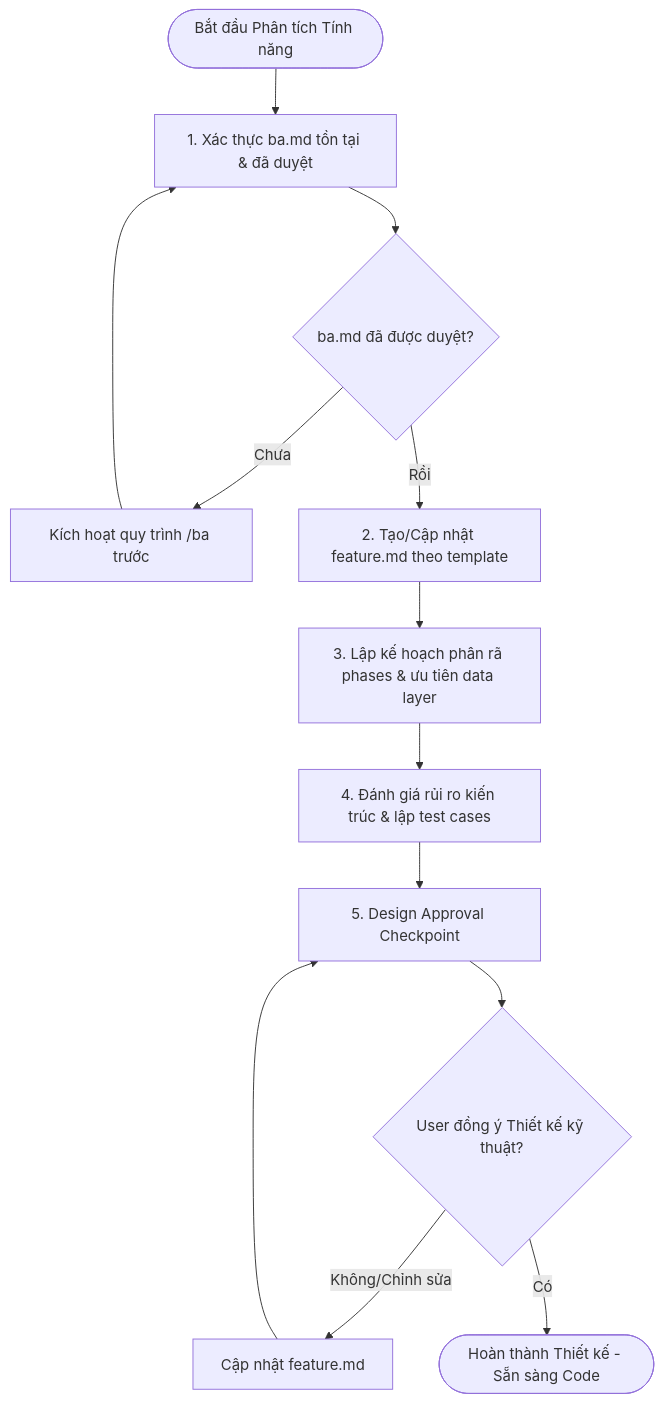
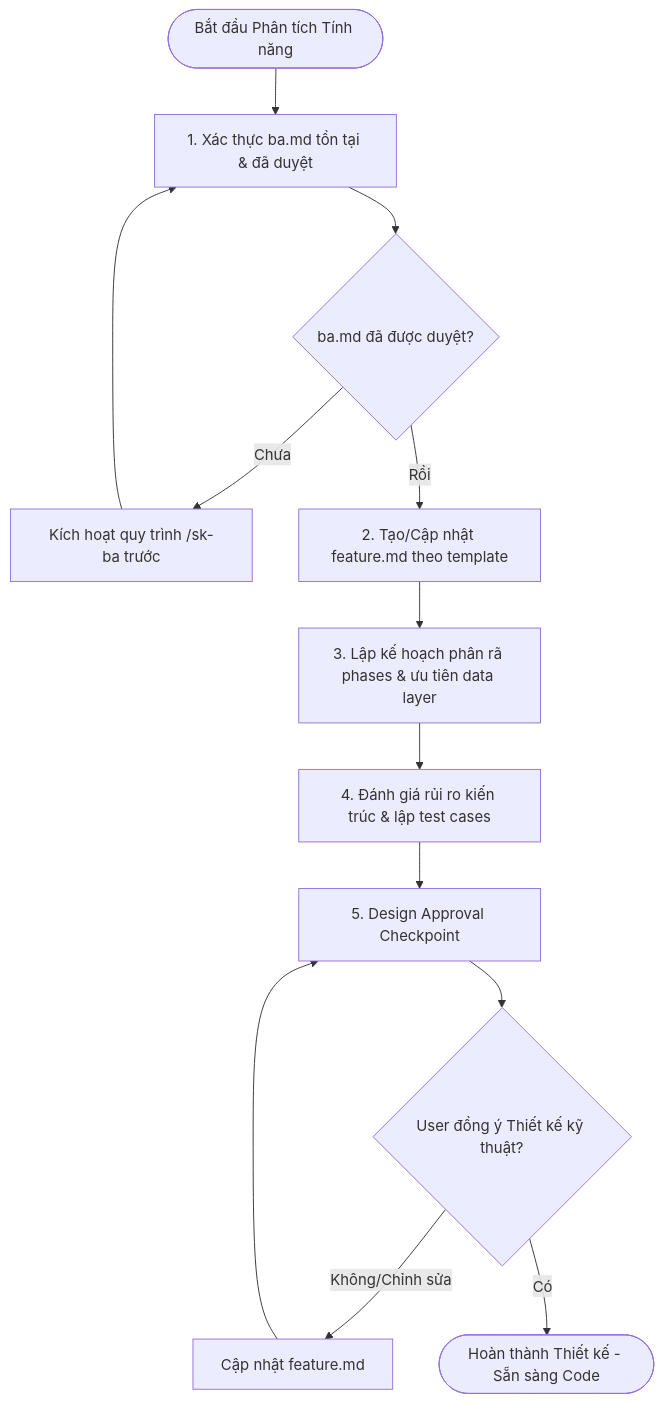
One commit to sunkid1995/sk-specs changed the diagram in skills/feature-analysis/SKILL.md. Above: the diagram before and after it, drawn with Mermaid. The commit also changed 24 other files, not shown here.

````diff
--- a/skills/feature-analysis/SKILL.md
+++ b/skills/feature-analysis/SKILL.md
@@ -8,13 +8,13 @@
 ```mermaid
 graph TD
     Start([Bắt đầu Phân tích Tính năng]) --> VerifyBA[1. Xác thực ba.md tồn tại & đã duyệt]
     VerifyBA --> CheckBA{ba.md đã được duyệt?}
-    CheckBA -- Chưa --> TriggerBA[Kích hoạt quy trình /ba trước] --> VerifyBA
+    CheckBA -- Chưa --> TriggerBA[Kích hoạt quy trình /sk-ba trước] --> VerifyBA
     CheckBA -- Rồi --> CreateFeature[2. Tạo/Cập nhật feature.md theo template]
     CreateFeature --> PhasedPlan[3. Lập kế hoạch phân rã phases & ưu tiên data layer]
     PhasedPlan --> DefineRisks[4. Đánh giá rủi ro kiến trúc & lập test cases]
     DefineRisks --> Checkpoint[5. Design Approval Checkpoint]
     Checkpoint --> WaitUser{User đồng ý Thiết kế kỹ thuật?}
     WaitUser -- Không/Chỉnh sửa --> UpdatePlan[Cập nhật feature.md] --> Checkpoint
     WaitUser -- Có --> End([Hoàn thành Thiết kế - Sẵn sàng Code])
 ```
````
